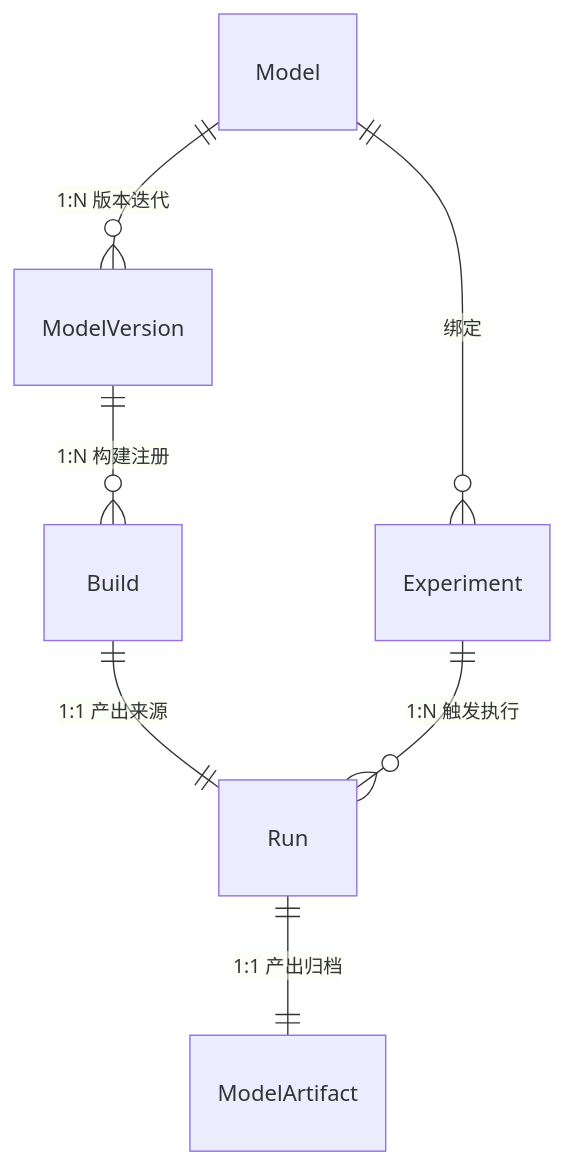
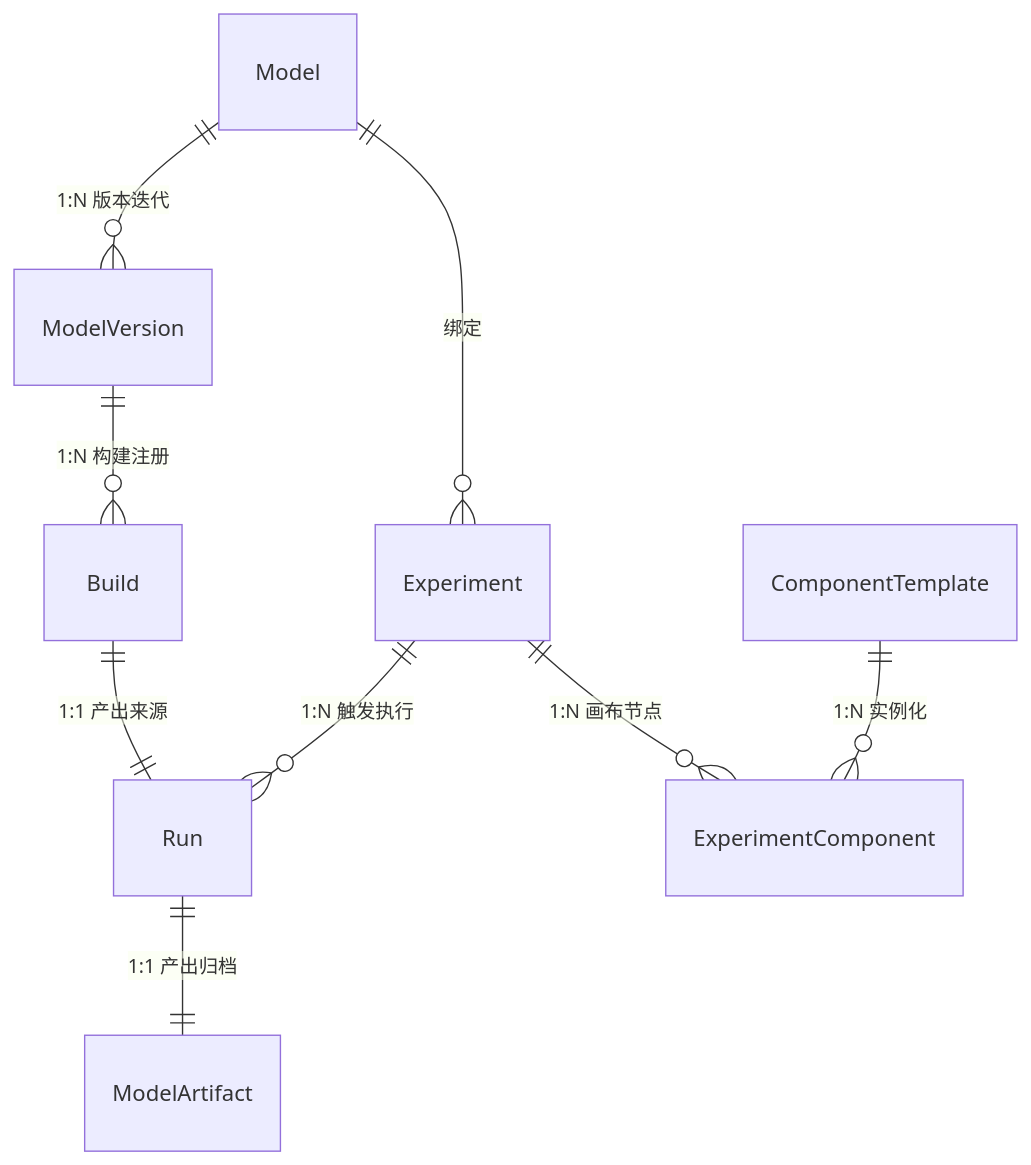
Before and after one commit to Cedric-Chan/ModelExperiment: the first of 4 diagrams in docs/design/产品原型与PRD.md, drawn with Mermaid. The commit also changed other lines of this file, not shown here.

````diff
--- a/docs/design/产品原型与PRD.md
+++ b/docs/design/产品原型与PRD.md
@@ -116,9 +121,11 @@
 ```mermaid
 erDiagram
     Model ||--o{ ModelVersion : "1:N 版本迭代"
     ModelVersion ||--o{ Build : "1:N 构建注册"
     Build ||--|| Run : "1:1 产出来源"
     Model ||--o{ Experiment : "绑定"
     Experiment ||--o{ Run : "1:N 触发执行"
     Run ||--|| ModelArtifact : "1:1 产出归档"
+    Experiment ||--o{ ExperimentComponent : "1:N 画布节点"
+    ComponentTemplate ||--o{ ExperimentComponent : "1:N 实例化"
 ```
````
